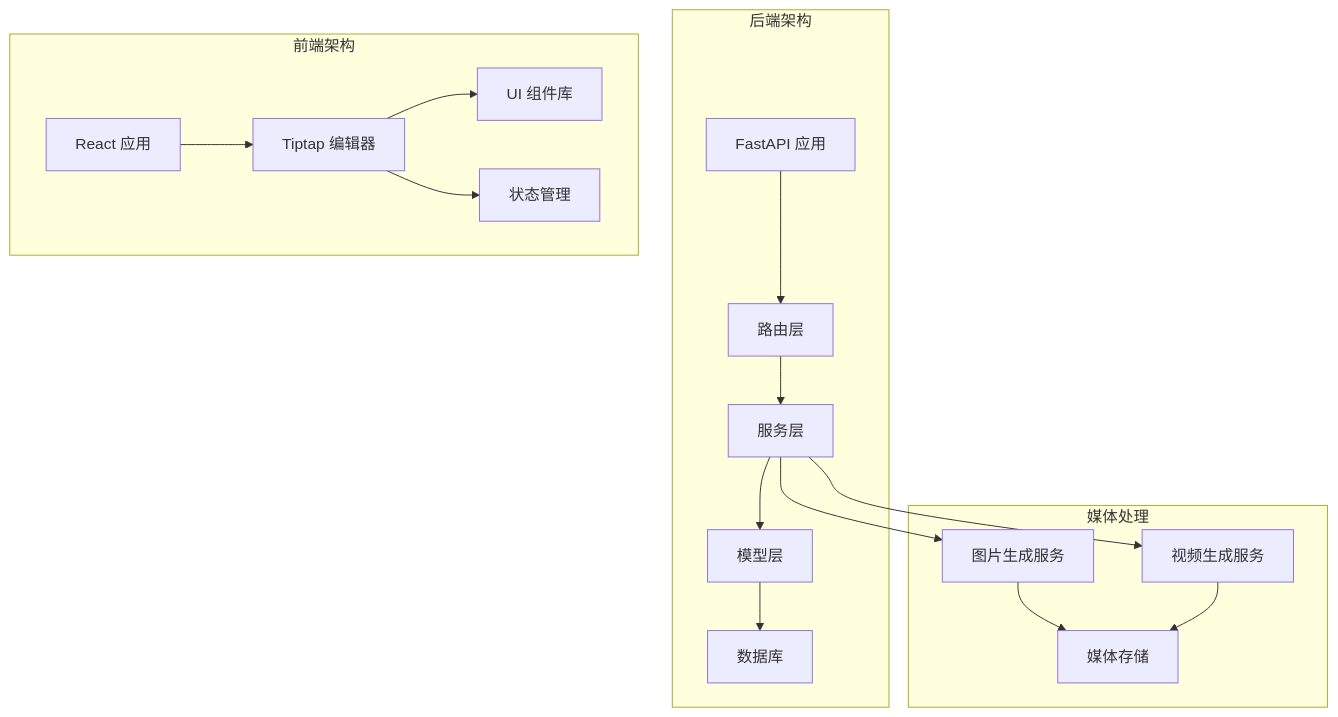
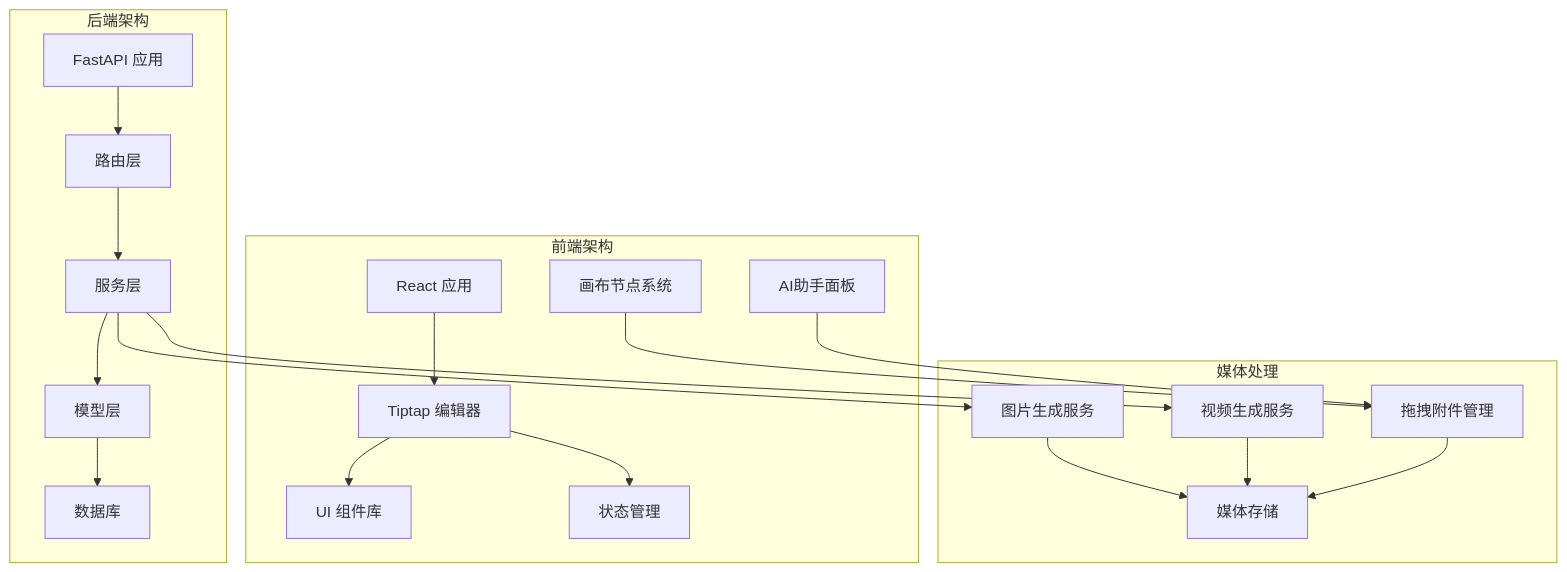
One commit to KunLabAI/KunFlix changed the first of 12 diagrams in .qoder/repowiki/zh/content/前端应用架构/UI组件库/画布组件系统/AI助手面板/多图片支持增强.md. Above: the diagram before and after it, drawn with Mermaid. The commit also changed other lines of this file and 32 other files, not shown here.

````diff
--- a/.qoder/repowiki/zh/content/前端应用架构/UI组件库/画布组件系统/AI助手面板/多图片支持增强.md
+++ b/.qoder/repowiki/zh/content/前端应用架构/UI组件库/画布组件系统/AI助手面板/多图片支持增强.md
@@ -40,32 +56,38 @@
 ```mermaid
 graph TB
 subgraph "后端架构"
 A[FastAPI 应用]
 B[路由层]
 C[服务层]
 D[模型层]
 E[数据库]
 end
 subgraph "前端架构"
 F[React 应用]
 G[Tiptap 编辑器]
 H[UI 组件库]
 I[状态管理]
+J[画布节点系统]
+K[AI助手面板]
 end
 subgraph "媒体处理"
-J[图片生成服务]
-K[视频生成服务]
-L[媒体存储]
+L[图片生成服务]
+M[视频生成服务]
+N[媒体存储]
+O[拖拽附件管理]
 end
 A --> B
 B --> C
 C --> D
 D --> E
 F --> G
 G --> H
 G --> I
-C --> J
-C --> K
-J --> L
-K --> L
+C --> L
+C --> M
+J --> O
+K --> O
+L --> N
+M --> N
+O --> N
 ```
````
